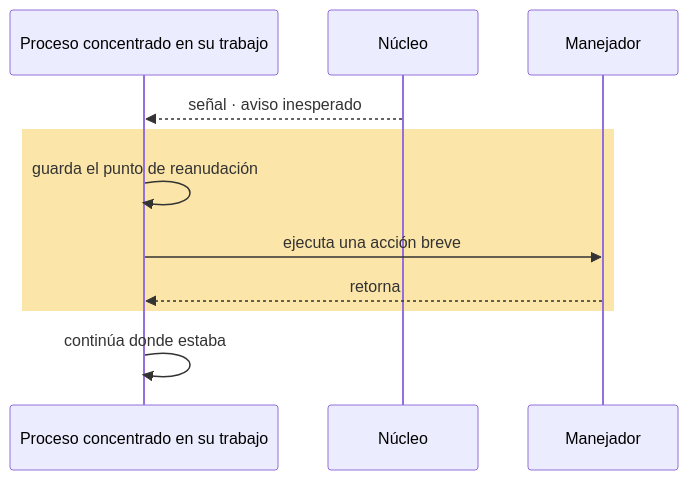
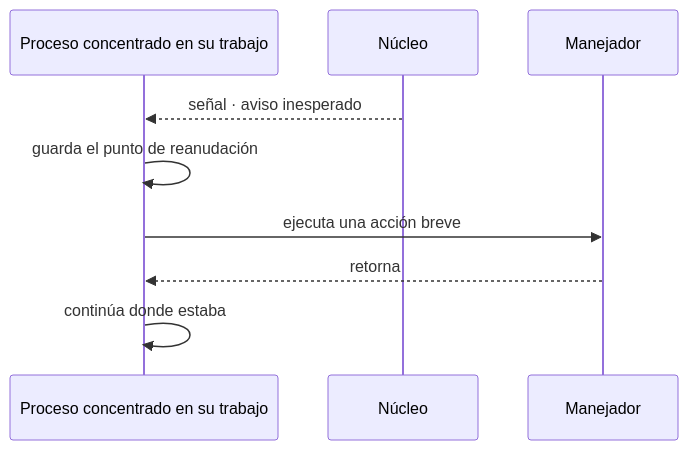
The first of 5 diagrams in TEORIA/08-ipc-senales/README.md (asiermarzo/ssoo), drawn with Mermaid before and after one commit. The commit also changed 12 other files, not shown here.

Commit message:
ajuste subrects de mermaids

````diff
--- a/TEORIA/08-ipc-senales/README.md
+++ b/TEORIA/08-ipc-senales/README.md
@@ -18,13 +18,11 @@
 ```mermaid
 sequenceDiagram
     participant P as Proceso concentrado en su trabajo
     participant K as Núcleo
     participant H as Manejador
     K-->>P: señal · aviso inesperado
-    rect rgb(252, 229, 168)
-        P->>P: guarda el punto de reanudación
-        P->>H: ejecuta una acción breve
-        H-->>P: retorna
-    end
+    P->>P: guarda el punto de reanudación
+    P->>H: ejecuta una acción breve
+    H-->>P: retorna
     P->>P: continúa donde estaba
 ```
````
